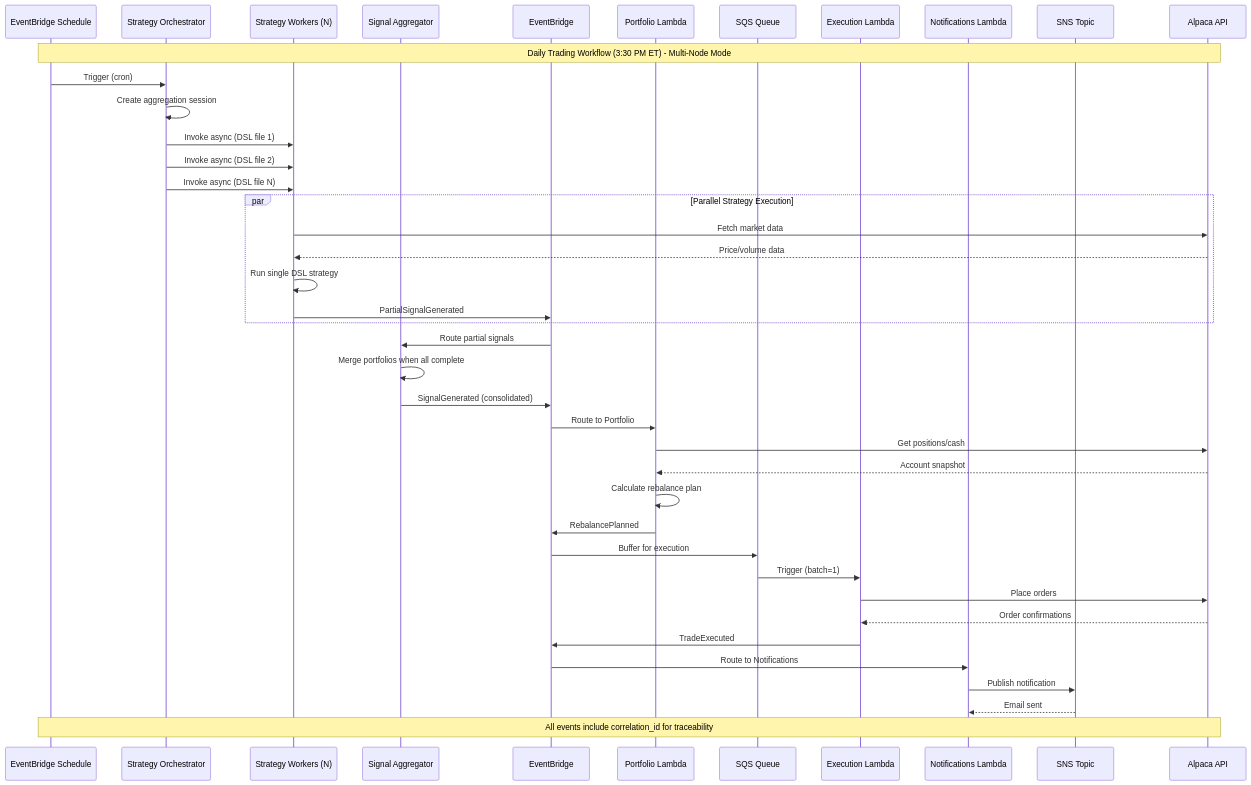
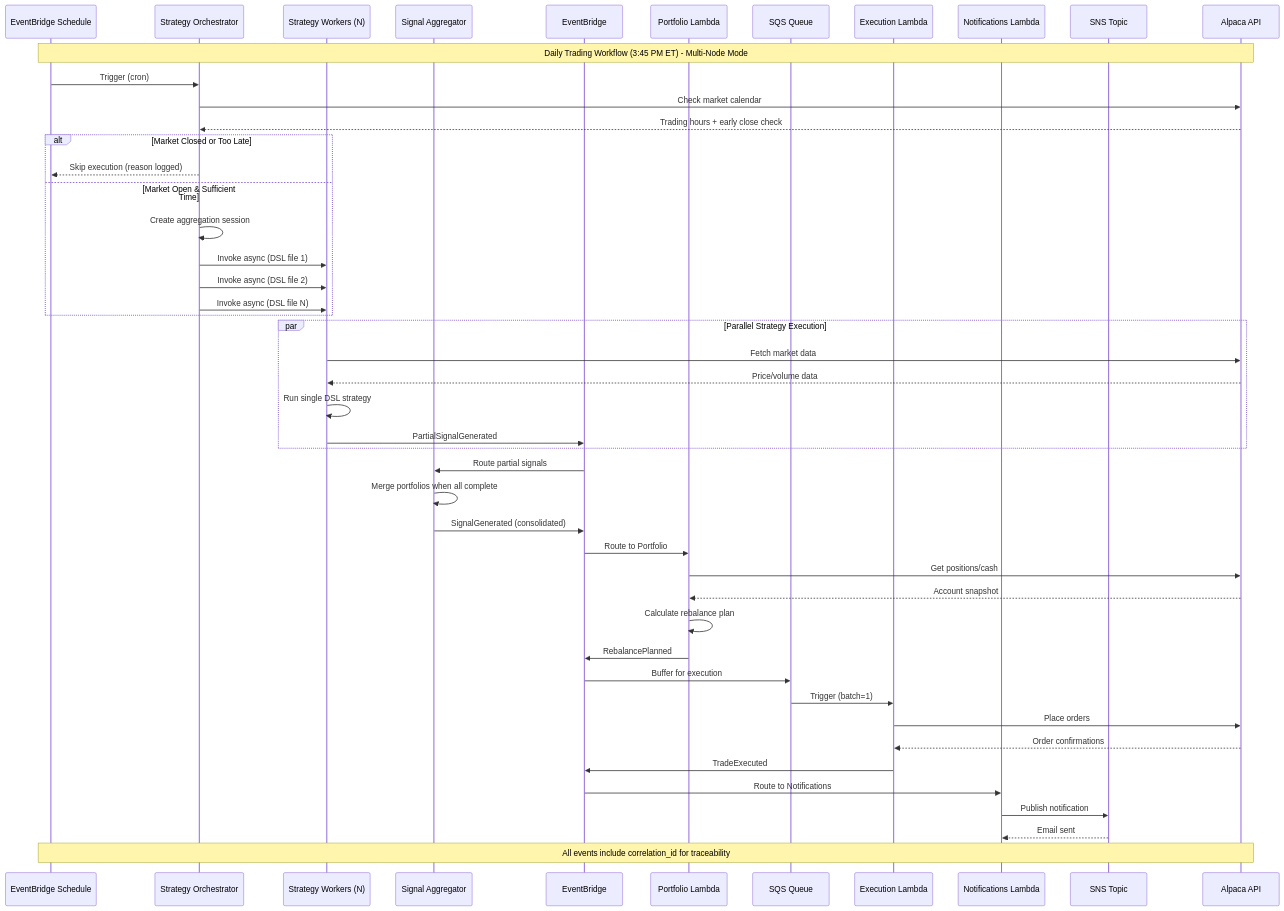
One commit to Josh-moreton/alchemiser-quant changed the second of 2 diagrams in README.md. Above: the diagram before and after it, drawn with Mermaid. The commit also changed other lines of this file and 8 other files, not shown here.

First line of the commit message:
Add market calendar validation to prevent trading on closed days and early closes (#2951)

````diff
--- a/README.md
+++ b/README.md
@@ -131,51 +132,57 @@
 ```mermaid
 sequenceDiagram
     participant Sched as EventBridge Schedule
     participant SO as Strategy Orchestrator
     participant SW as Strategy Workers (N)
     participant SA as Signal Aggregator
     participant EB as EventBridge
     participant P as Portfolio Lambda
     participant SQS as SQS Queue
     participant E as Execution Lambda
     participant N as Notifications Lambda
     participant SNS as SNS Topic
     participant A as Alpaca API
 
-    Note over Sched,A: Daily Trading Workflow (3:30 PM ET) - Multi-Node Mode
+    Note over Sched,A: Daily Trading Workflow (3:45 PM ET) - Multi-Node Mode
 
     Sched->>SO: Trigger (cron)
-    SO->>SO: Create aggregation session
-    SO->>SW: Invoke async (DSL file 1)
-    SO->>SW: Invoke async (DSL file 2)
-    SO->>SW: Invoke async (DSL file N)
+    SO->>A: Check market calendar
+    A-->>SO: Trading hours + early close check
+    alt Market Closed or Too Late
+        SO-->>Sched: Skip execution (reason logged)
+    else Market Open & Sufficient Time
+        SO->>SO: Create aggregation session
+        SO->>SW: Invoke async (DSL file 1)
+        SO->>SW: Invoke async (DSL file 2)
+        SO->>SW: Invoke async (DSL file N)
+    end
     
     par Parallel Strategy Execution
         SW->>A: Fetch market data
         A-->>SW: Price/volume data
         SW->>SW: Run single DSL strategy
         SW->>EB: PartialSignalGenerated
     end
 
     EB->>SA: Route partial signals
     SA->>SA: Merge portfolios when all complete
     SA->>EB: SignalGenerated (consolidated)
 
     EB->>P: Route to Portfolio
     P->>A: Get positions/cash
     A-->>P: Account snapshot
     P->>P: Calculate rebalance plan
     P->>EB: RebalancePlanned
 
     EB->>SQS: Buffer for execution
     SQS->>E: Trigger (batch=1)
     E->>A: Place orders
     A-->>E: Order confirmations
     E->>EB: TradeExecuted
 
     EB->>N: Route to Notifications
     N->>SNS: Publish notification
     SNS-->>N: Email sent
 
     Note over Sched,A: All events include correlation_id for traceability
 ```
````
